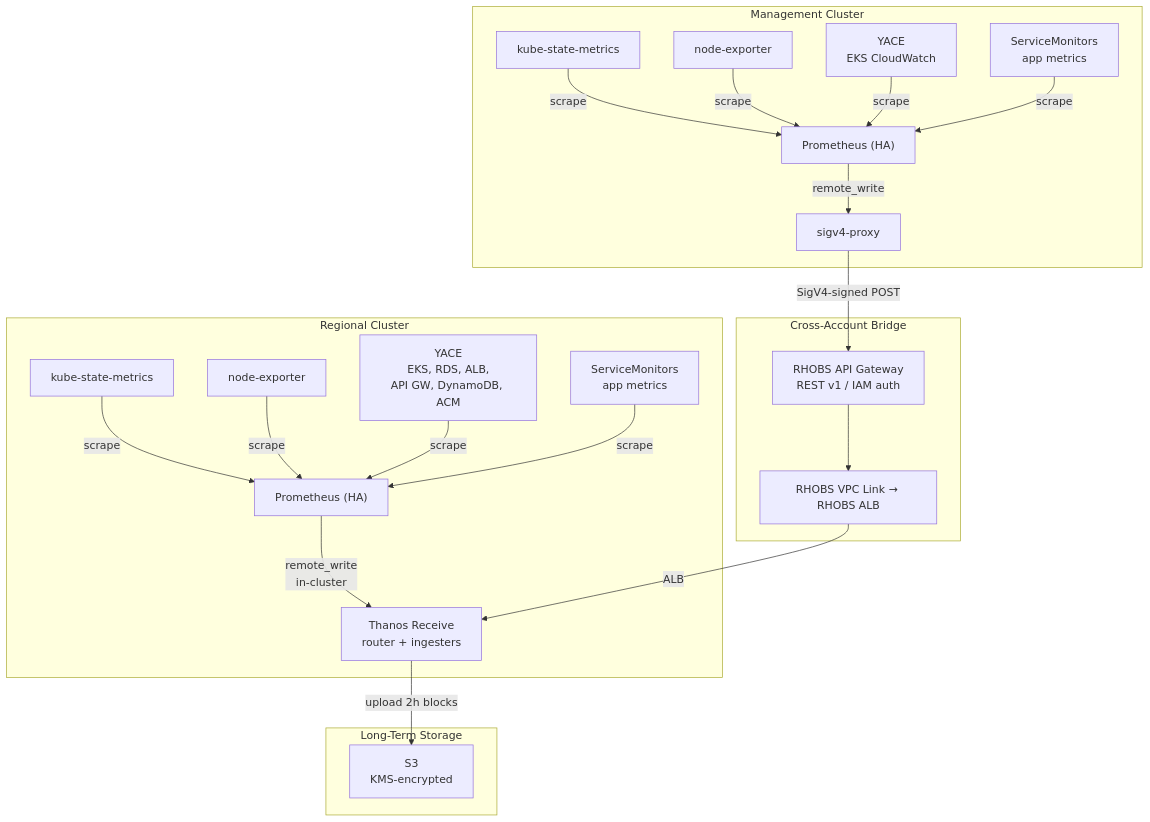
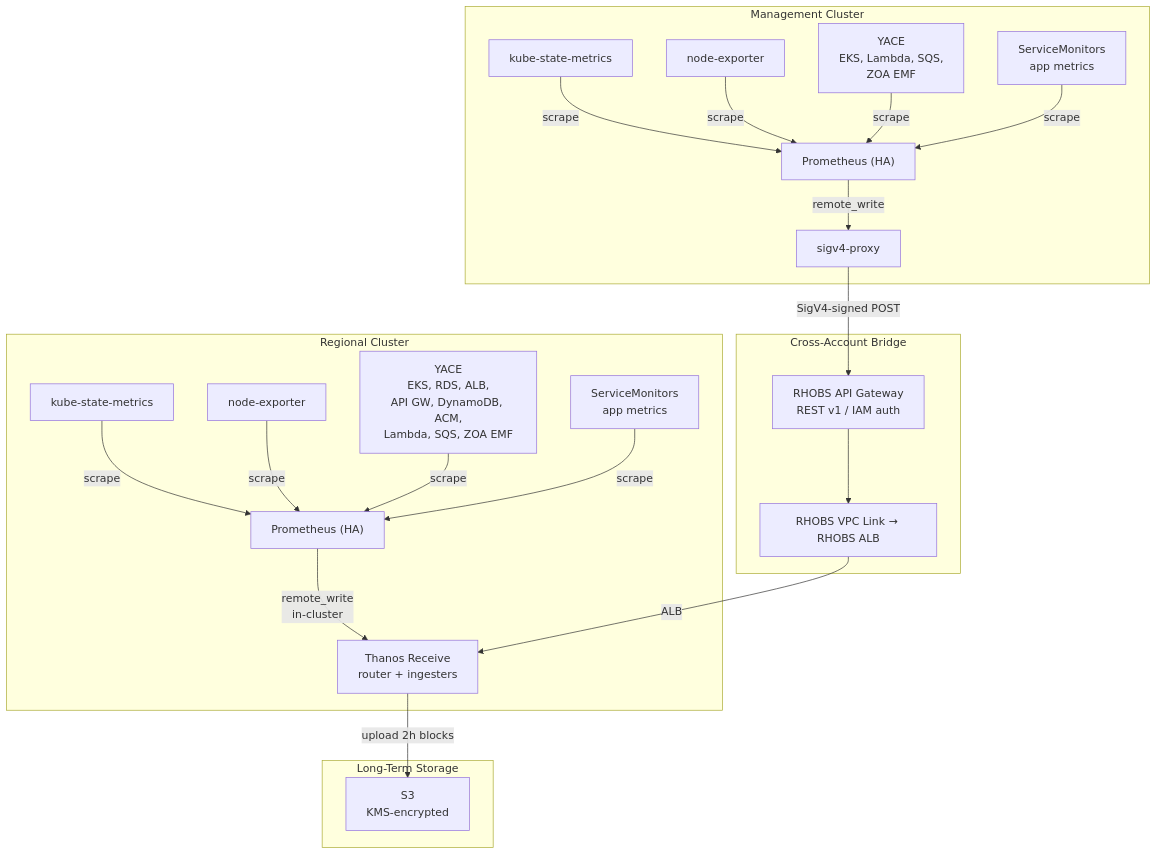
The first of 2 diagrams in docs/design/monitoring-platform.md (Alcamech/rosa-hyperfleet), drawn with Mermaid before and after one commit. The commit also changed other lines of this file and 1 other file, not shown here.

First line of the commit message:
ROSAENG-65234 | docs(observability): update monitoring platform and ZOA architecture docs

````diff
--- a/docs/design/monitoring-platform.md
+++ b/docs/design/monitoring-platform.md
@@ -13,43 +13,43 @@
 ```mermaid
 graph TB
     subgraph MC["Management Cluster"]
         MC_KSM["kube-state-metrics"]
         MC_NE["node-exporter"]
-        MC_YACE["YACE<br/>EKS CloudWatch"]
+        MC_YACE["YACE<br/>EKS, Lambda, SQS,<br/>ZOA EMF"]
         MC_SM["ServiceMonitors<br/>app metrics"]
         MC_PROM["Prometheus (HA)"]
         MC_SIGV4["sigv4-proxy"]
         MC_KSM -->|scrape| MC_PROM
         MC_NE -->|scrape| MC_PROM
         MC_YACE -->|scrape| MC_PROM
         MC_SM -->|scrape| MC_PROM
         MC_PROM -->|remote_write| MC_SIGV4
     end
 
     subgraph APIGW["Cross-Account Bridge"]
         GW["RHOBS API Gateway<br/>REST v1 / IAM auth"]
         VPC["RHOBS VPC Link → RHOBS ALB"]
         MC_SIGV4 -->|SigV4-signed POST| GW
         GW --> VPC
     end
 
     subgraph RC["Regional Cluster"]
         RC_KSM["kube-state-metrics"]
         RC_NE["node-exporter"]
-        RC_YACE["YACE<br/>EKS, RDS, ALB,<br/>API GW, DynamoDB, ACM"]
+        RC_YACE["YACE<br/>EKS, RDS, ALB,<br/>API GW, DynamoDB, ACM,<br/>Lambda, SQS, ZOA EMF"]
         RC_SM["ServiceMonitors<br/>app metrics"]
         RC_PROM["Prometheus (HA)"]
         RECEIVE["Thanos Receive<br/>router + ingesters"]
         RC_KSM -->|scrape| RC_PROM
         RC_NE -->|scrape| RC_PROM
         RC_YACE -->|scrape| RC_PROM
         RC_SM -->|scrape| RC_PROM
         RC_PROM -->|remote_write<br/>in-cluster| RECEIVE
         VPC -->|ALB| RECEIVE
     end
 
     subgraph STORAGE["Long-Term Storage"]
         S3["S3<br/>KMS-encrypted"]
         RECEIVE -->|upload 2h blocks| S3
     end
 ```
````
